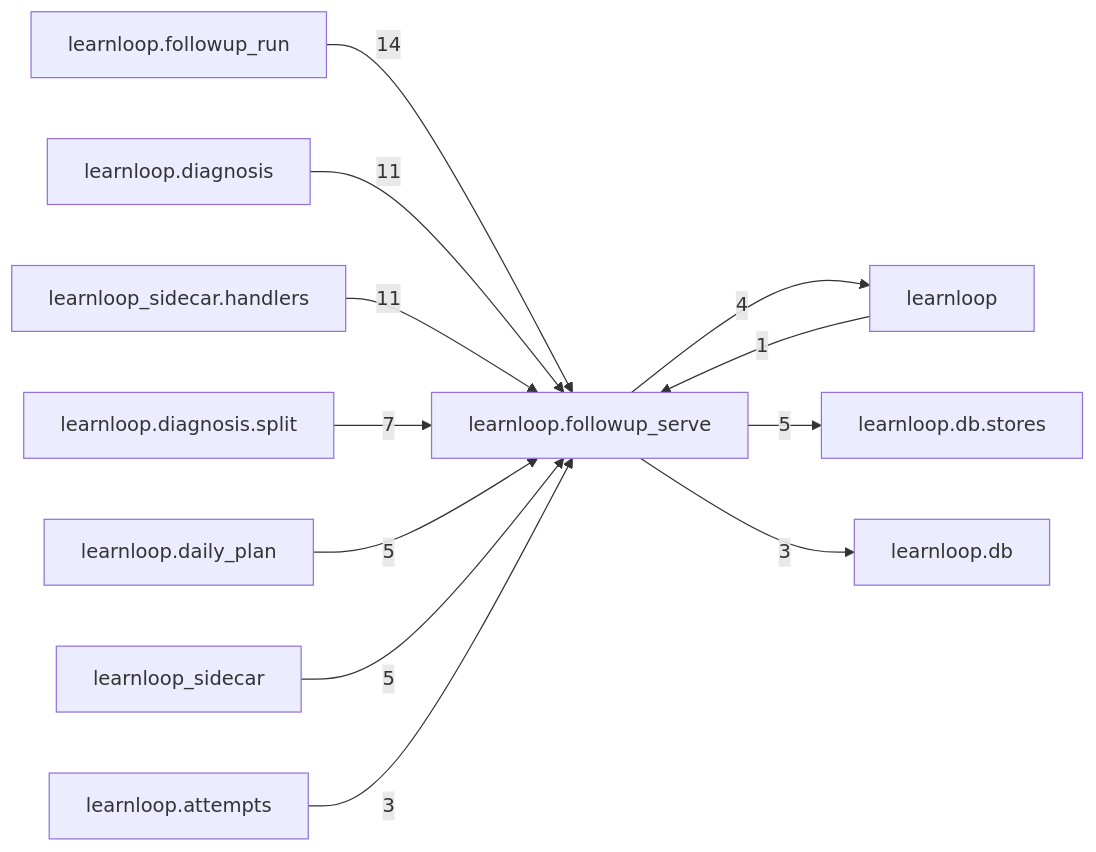
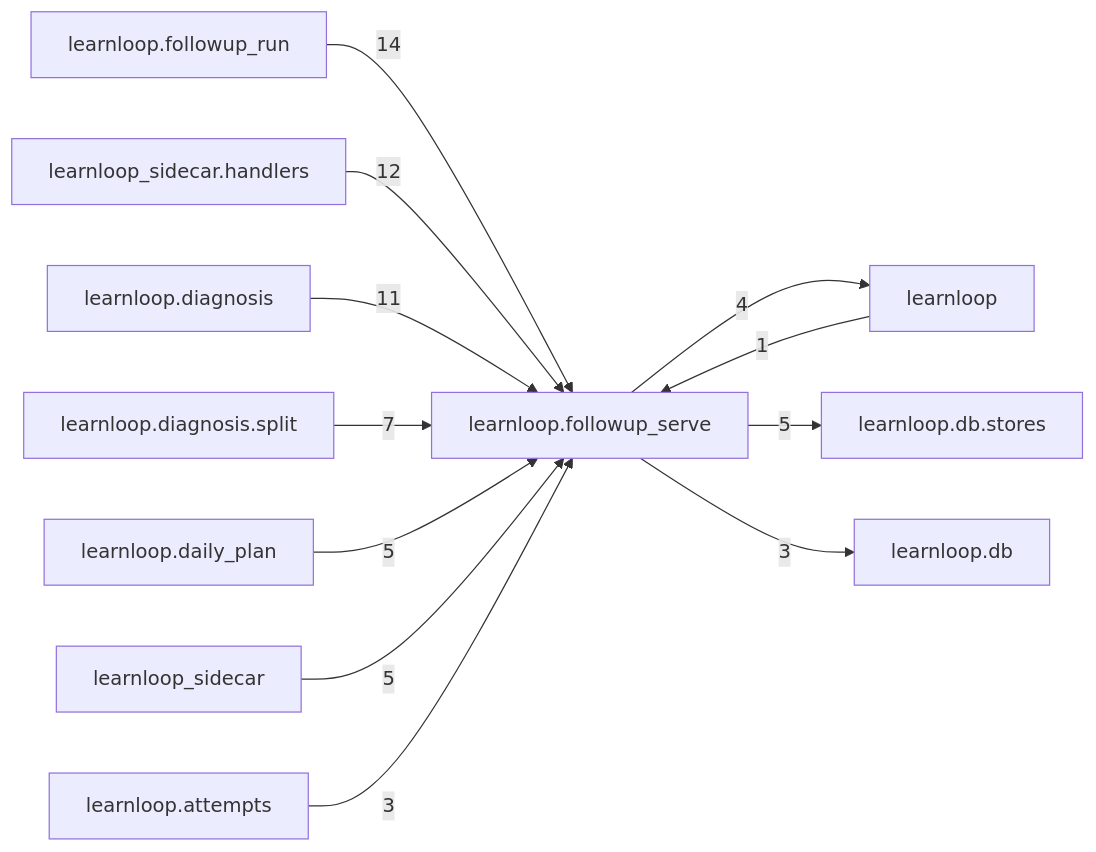
One commit to 6up-b/learnanything changed the diagram in docs/learnloop-architecture-vault/Reference/Modules/learnloop/followup_serve/_package.md. Above: the diagram before and after it, drawn with Mermaid. The commit also changed other lines of this file and 42 other files, not shown here.

````diff
--- a/docs/learnloop-architecture-vault/Reference/Modules/learnloop/followup_serve/_package.md
+++ b/docs/learnloop-architecture-vault/Reference/Modules/learnloop/followup_serve/_package.md
@@ -87,25 +87,25 @@
 ```mermaid
 flowchart LR
     center["learnloop.followup_serve"]
     n_learnloop_followup_run["learnloop.followup_run"]
+    n_learnloop_sidecar_handlers["learnloop_sidecar.handlers"]
     n_learnloop_diagnosis["learnloop.diagnosis"]
-    n_learnloop_sidecar_handlers["learnloop_sidecar.handlers"]
     n_learnloop_diagnosis_split["learnloop.diagnosis.split"]
     n_learnloop["learnloop"]
     n_learnloop_daily_plan["learnloop.daily_plan"]
     n_learnloop_db_stores["learnloop.db.stores"]
     n_learnloop_sidecar["learnloop_sidecar"]
     n_learnloop_attempts["learnloop.attempts"]
     n_learnloop_db["learnloop.db"]
     n_learnloop_followup_run -->|14| center
+    n_learnloop_sidecar_handlers -->|12| center
     n_learnloop_diagnosis -->|11| center
-    n_learnloop_sidecar_handlers -->|11| center
     n_learnloop_diagnosis_split -->|7| center
     n_learnloop -->|1| center
     center -->|4| n_learnloop
     n_learnloop_daily_plan -->|5| center
     center -->|5| n_learnloop_db_stores
     n_learnloop_sidecar -->|5| center
     n_learnloop_attempts -->|3| center
     center -->|3| n_learnloop_db
 ```
````
